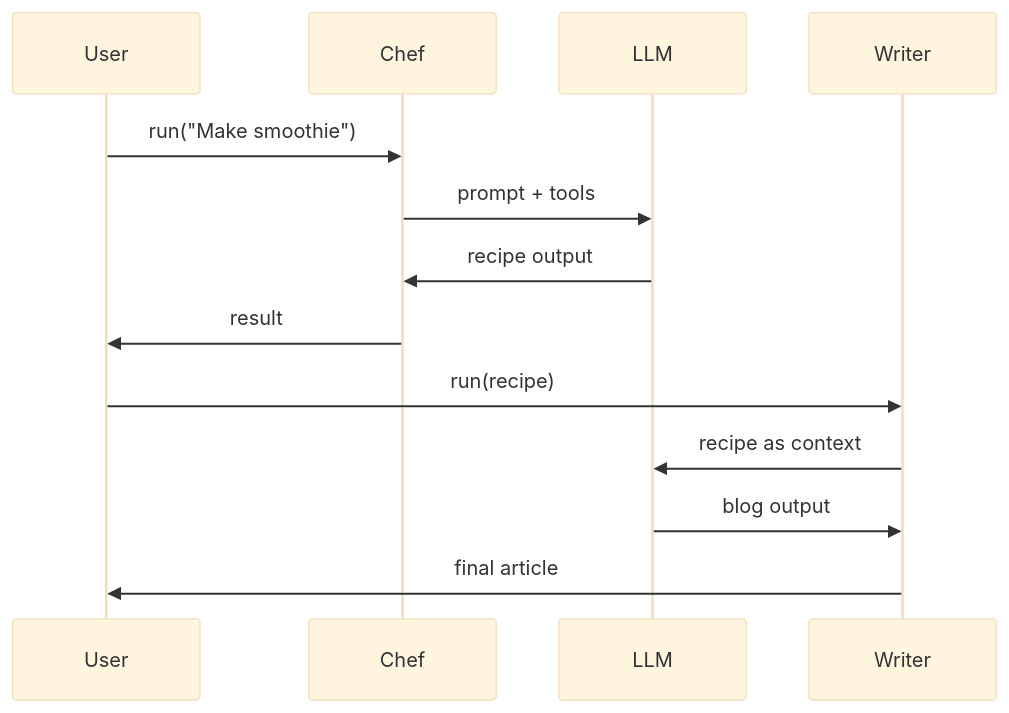
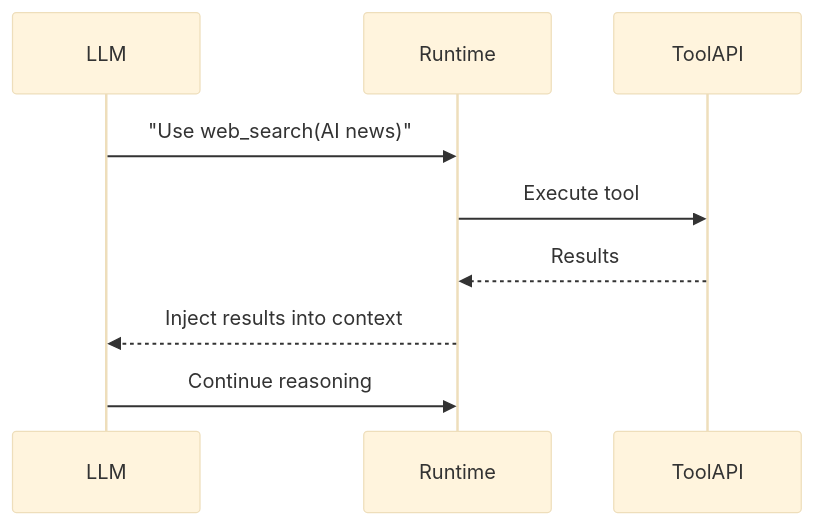
Before and after one commit to seanwhs/Introduction-to-OpenRouter-Agents-SDK-in-TypeScript: the second of 5 diagrams in docs/running-an-ai-agent.md, drawn with Mermaid (base theme). The commit also changed other lines of this file and 3 other files, not shown here.

````diff
--- a/docs/running-an-ai-agent.md
+++ b/docs/running-an-ai-agent.md
@@ -296,12 +142,12 @@
 ```mermaid
 sequenceDiagram
-User->>Chef: run("Make smoothie")
-Chef->>LLM: prompt + tools
-LLM->>Chef: recipe output
-Chef->>User: result
+    participant LLM
+    participant Runtime
+    participant ToolAPI
 
-User->>Writer: run(recipe)
-Writer->>LLM: recipe as context
-LLM->>Writer: blog output
-Writer->>User: final article
+    LLM->>Runtime: "Use web_search(AI news)"
+    Runtime->>ToolAPI: Execute tool
+    ToolAPI-->>Runtime: Results
+    Runtime-->>LLM: Inject results into context
+    LLM->>Runtime: Continue reasoning
 ```
````
